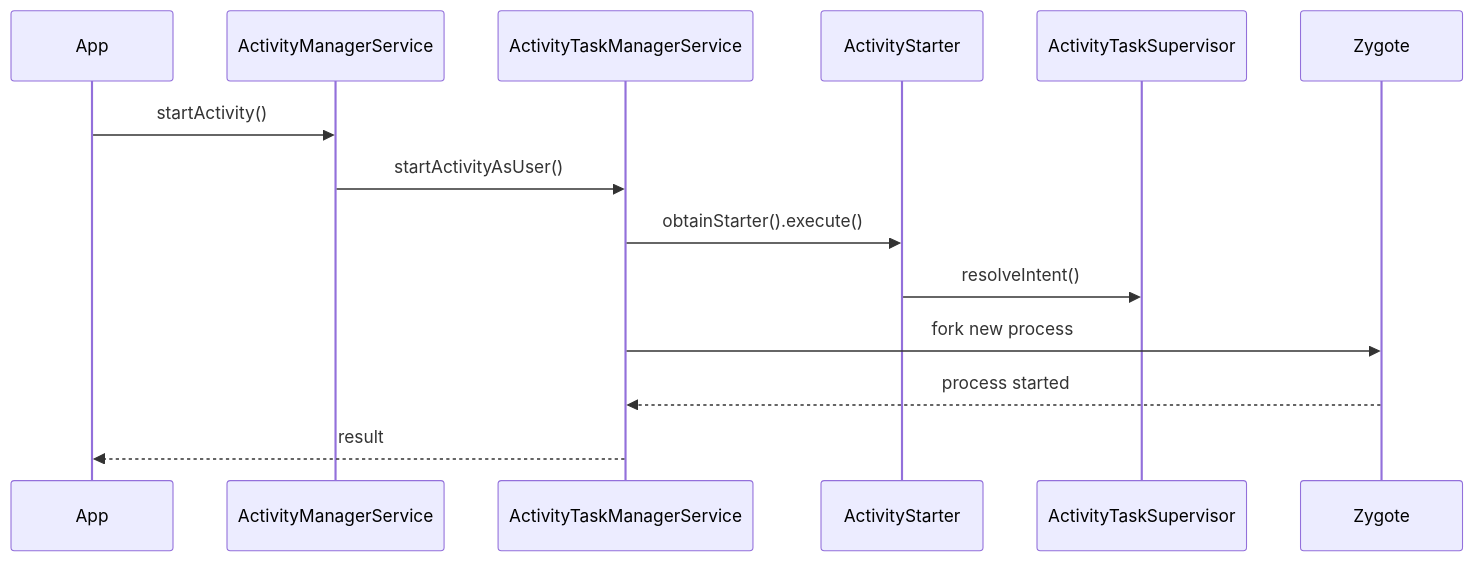
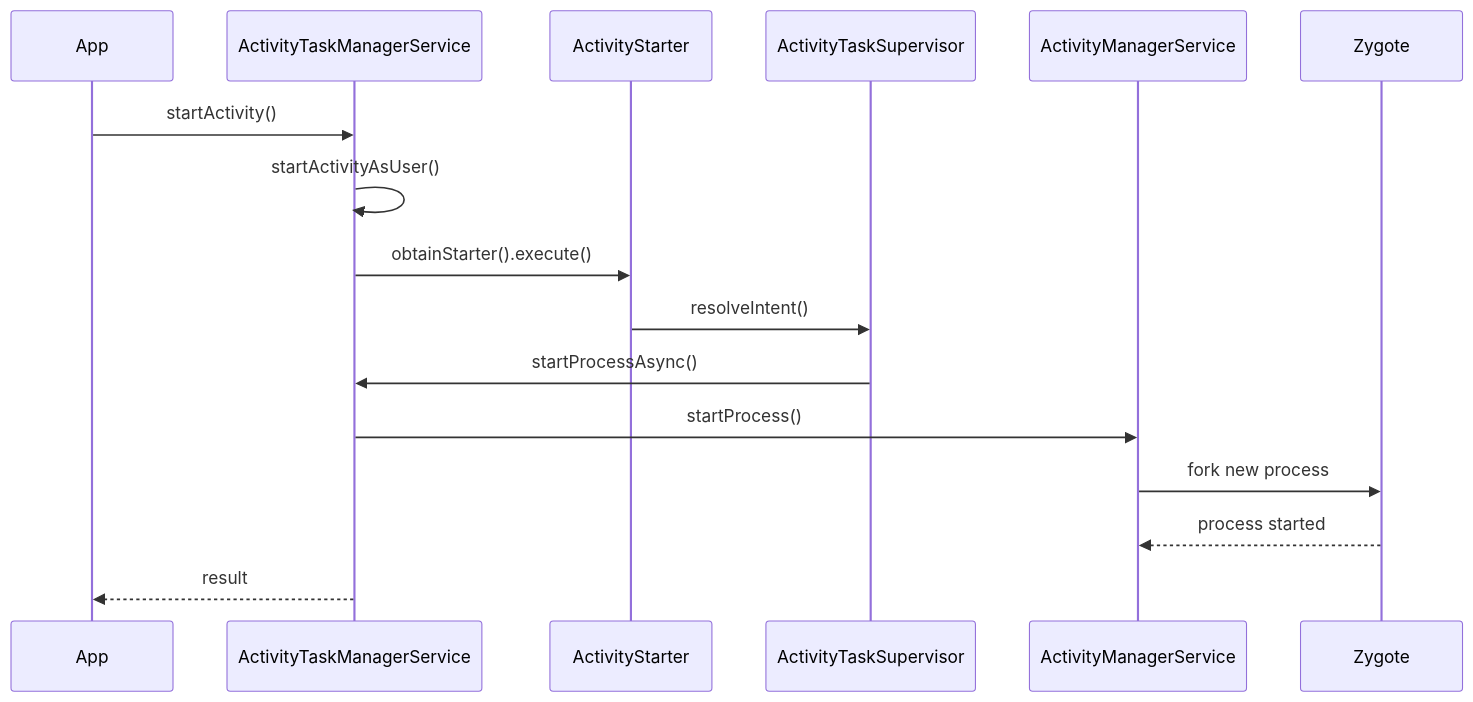
One commit to aospbooks/aosp-internal-book changed the third of 4 diagrams in 00-frontmatter.md. Above: the diagram before and after it, drawn with Mermaid. The commit also changed other lines of this file and 218 other files, not shown here.

````diff
--- a/00-frontmatter.md
+++ b/00-frontmatter.md
@@ -592,17 +592,19 @@
 ```mermaid
 sequenceDiagram
     participant App
-    participant AMS as ActivityManagerService
     participant ATMS as ActivityTaskManagerService
     participant AS as ActivityStarter
     participant ATS as ActivityTaskSupervisor
+    participant AMS as ActivityManagerService
     participant Zygote
 
-    App->>AMS: startActivity()
-    AMS->>ATMS: startActivityAsUser()
+    App->>ATMS: startActivity()
+    ATMS->>ATMS: startActivityAsUser()
     ATMS->>AS: obtainStarter().execute()
     AS->>ATS: resolveIntent()
-    ATMS->>Zygote: fork new process
-    Zygote-->>ATMS: process started
+    ATS->>ATMS: startProcessAsync()
+    ATMS->>AMS: startProcess()
+    AMS->>Zygote: fork new process
+    Zygote-->>AMS: process started
     ATMS-->>App: result
 ```
````
